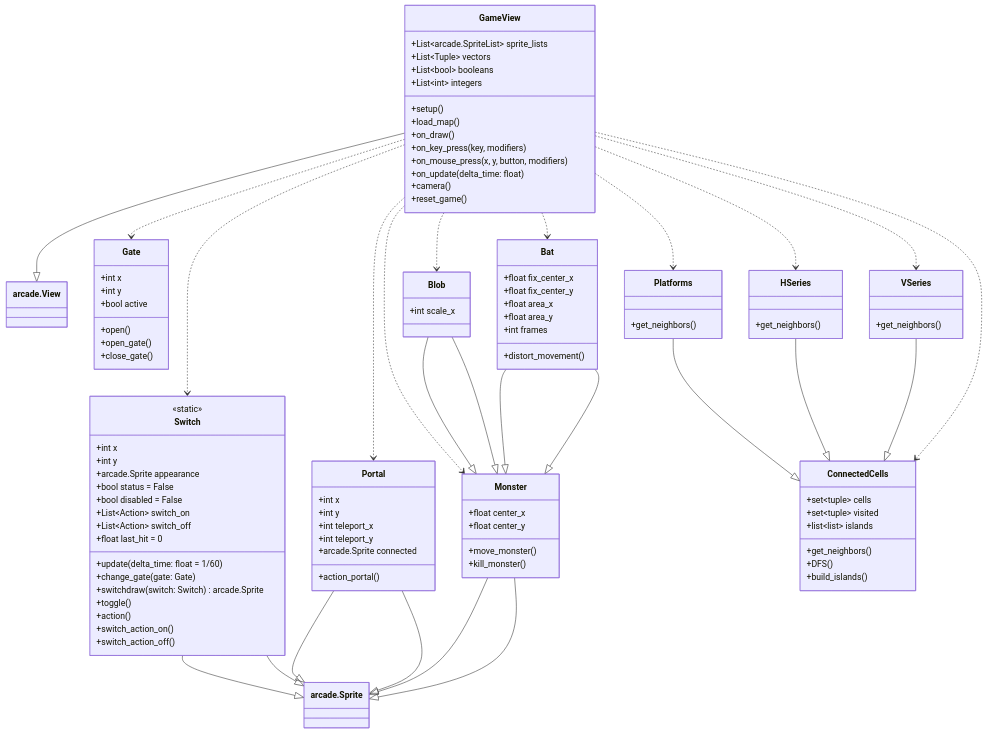
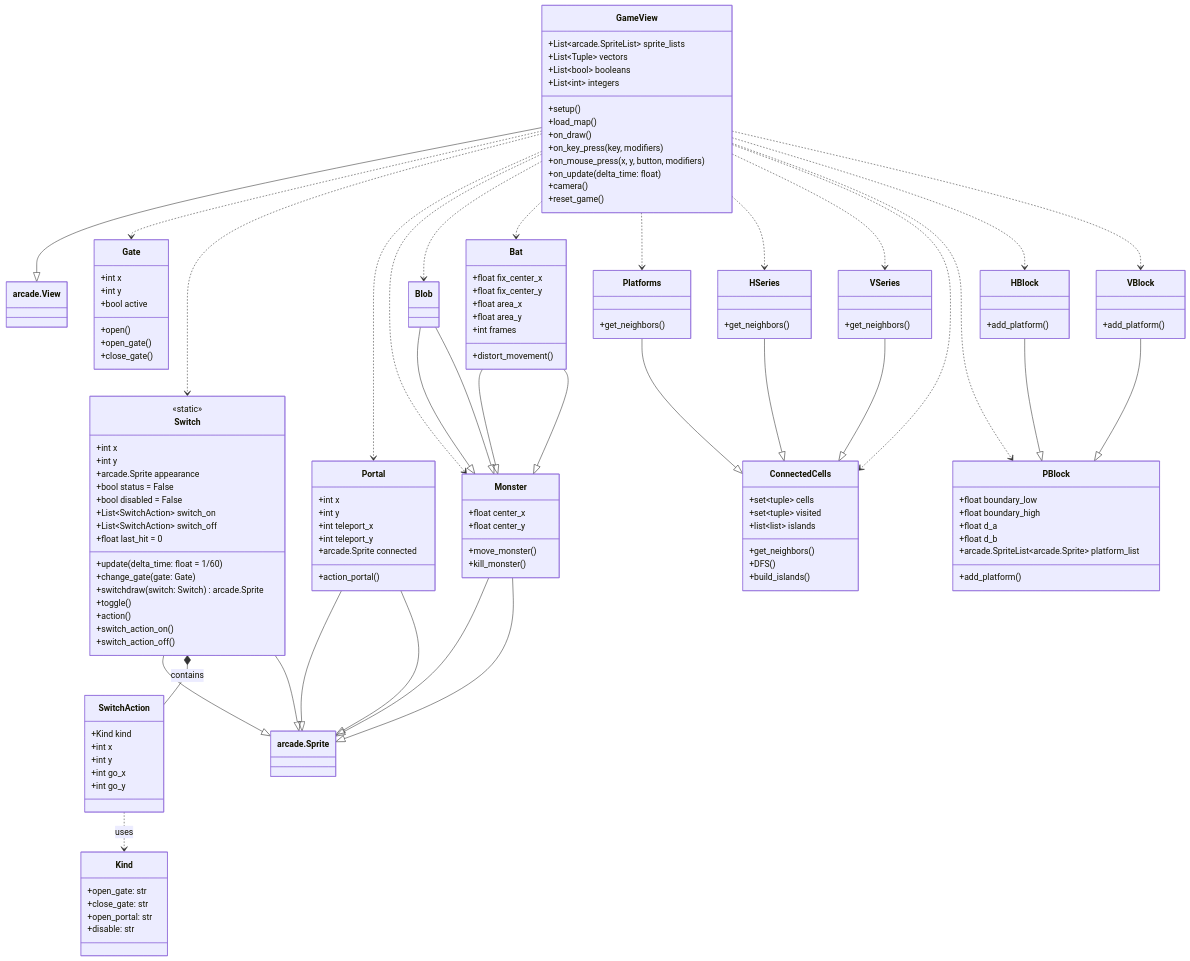
Before and after one commit to Henrigcia/Projet.python: the diagram in DESIGN.md, drawn with Mermaid.

````diff
--- a/DESIGN.md
+++ b/DESIGN.md
@@ -41,6 +41,9 @@
 GameView ..> HSeries
 GameView ..> VSeries
 GameView ..> ConnectedCells
+GameView ..> PBlock
+GameView ..> HBlock
+GameView ..> VBlock
 
 %% Monster base
 class Monster {
@@ -51,10 +54,7 @@
     +kill_monster()
 }
 
-%% Blob subclass
-class Blob {
-    +int scale_x
-}
+
 
 %% Bat subclass
 class Bat {
@@ -79,14 +79,17 @@
 }
 
 %% Switch
+
+
+
 class Switch {
     +int x
     +int y
     +arcade.Sprite appearance
     +bool status = False
     +bool disabled = False
-    +List~Action~ switch_on
-    +List~Action~ switch_off
+    +List~SwitchAction~ switch_on
+    +List~SwitchAction~ switch_off
     +float last_hit = 0
 
     +update(delta_time: float = 1/60)
@@ -99,6 +102,25 @@
     +switch_action_on()
     +switch_action_off()
 }
+
+class SwitchAction {
+    +Kind kind
+    +int x
+    +int y
+    +int go_x
+    +int go_y
+}
+
+class Kind {
+    +open_gate: str
+    +close_gate: str
+    +open_portal: str
+    +disable: str
+}
+
+Switch *-- SwitchAction : contains
+SwitchAction ..> Kind : uses
+
 
 %% Portal
 class Portal {
@@ -139,6 +161,28 @@
 HSeries --|> ConnectedCells
 VSeries --|> ConnectedCells
 
+%% PBlock base
+class PBlock {
+    +float boundary_low
+    +float boundary_high
+    +float d_a
+    +float d_b
+    +arcade.SpriteList~arcade.Sprite~ platform_list
+
+    +add_platform()
+}
+
+class HBlock {
+    +add_platform()
+}
+
+class VBlock {
+    +add_platform()
+}
+
+HBlock --|> PBlock
+VBlock --|> PBlock
+
 %% Inheritance connections
 Monster --|> arcade.Sprite
 Switch --|> arcade.Sprite
@@ -146,5 +190,4 @@
 Blob --|> Monster
 Bat --|> Monster
 
-
 ```
````
